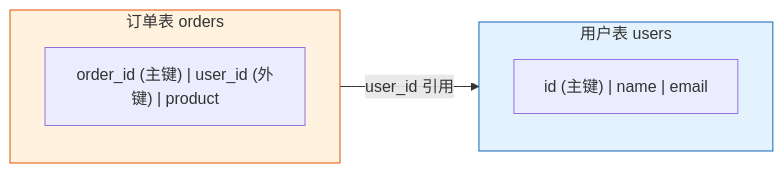
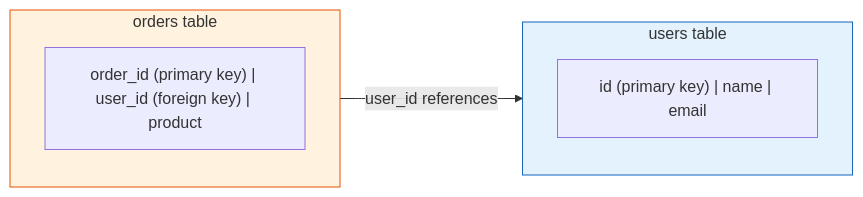
Before and after one commit to oudbiao/AI-fullstack-course: the second of 3 diagrams in docs/ch03-data-analysis/ch05-database/01-relational-db.md, drawn with Mermaid. The commit also changed other lines of this file and 1406 other files, not shown here.

````diff
--- a/docs/ch03-data-analysis/ch05-database/01-relational-db.md
+++ b/docs/ch03-data-analysis/ch05-database/01-relational-db.md
@@ -115,15 +115,15 @@
 ```mermaid
 flowchart LR
-    subgraph users["用户表 users"]
-        U["id (主键) | name | email"]
+    subgraph users["users table"]
+        U["id (primary key) | name | email"]
     end
 
-    subgraph orders["订单表 orders"]
-        O["order_id (主键) | user_id (外键) | product"]
+    subgraph orders["orders table"]
+        O["order_id (primary key) | user_id (foreign key) | product"]
     end
 
-    orders -->|"user_id 引用"| users
+    orders -->|"user_id references"| users
 
     style users fill:#e3f2fd,stroke:#1565c0,color:#333
     style orders fill:#fff3e0,stroke:#e65100,color:#333
 ```
````
